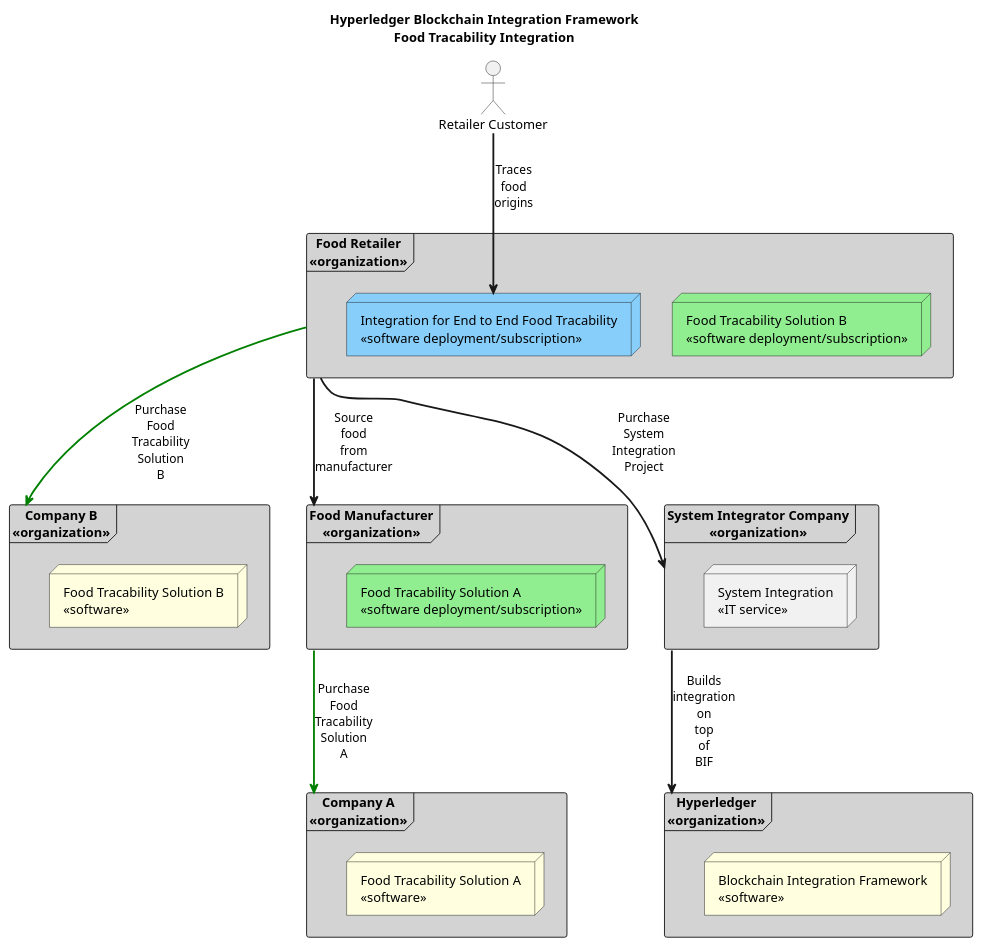
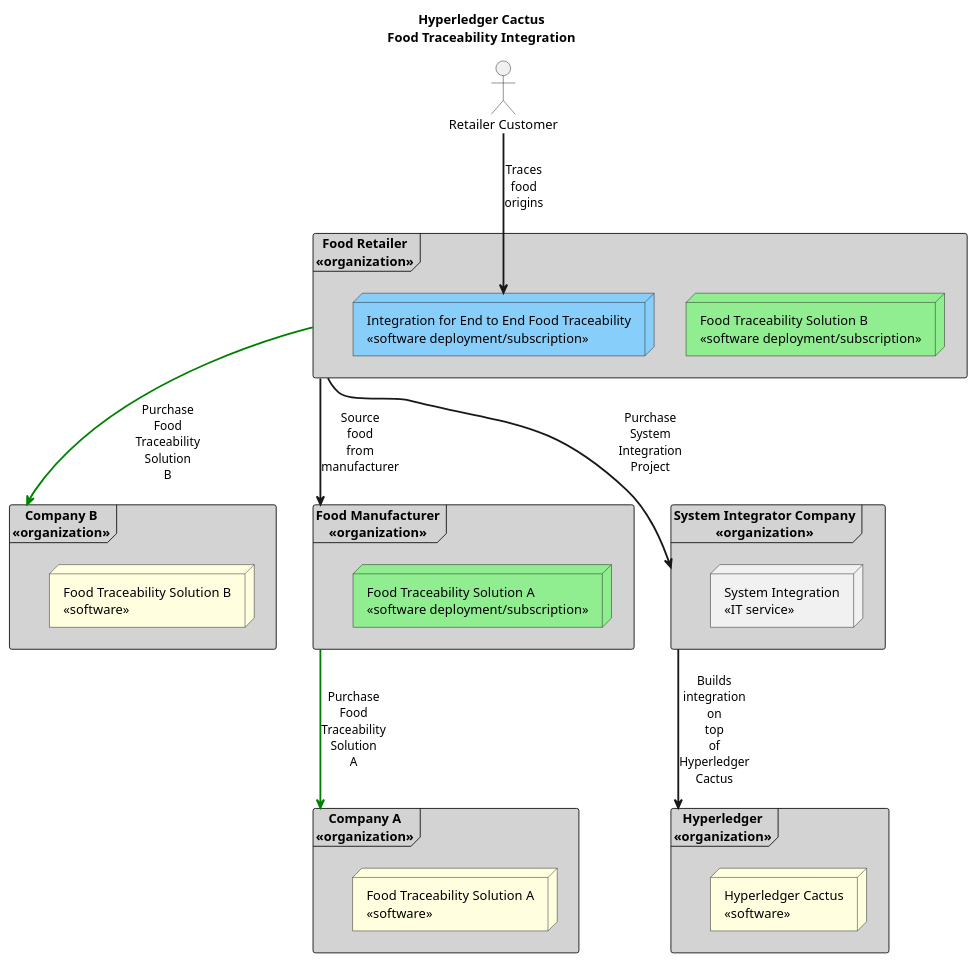
One commit to hyperledger-cacti/cacti changed the diagram in docs/whitepaper/use-case-food-tracability-integration.puml. Above: the diagram before and after it, drawn with PlantUML. The commit also changed 32 other files, not shown here.

Commit message:
docs: Name change to Hyperledger Cactus

```diff
--- a/docs/whitepaper/use-case-food-tracability-integration.puml
+++ b/docs/whitepaper/use-case-food-tracability-integration.puml
@@ -1,53 +1,53 @@
-@startuml Food Tracability Integration
+@startuml Food Traceability Integration
 
-title Hyperledger Blockchain Integration Framework\nFood Tracability Integration
+title Hyperledger Cactus\nFood Traceability Integration
 
 skinparam sequenceArrowThickness 2
 skinparam roundcorner 5
 skinparam maxmessagesize 30
 skinparam sequenceParticipant underline
 
 top to bottom direction
 
 actor "Retailer Customer" as rc
 
 frame "Company A\n<<organization>>" as ca #LightGray {
-  node "Food Tracability Solution A\n<<software>>" as ftsa #LightYellow {
+  node "Food Traceability Solution A\n<<software>>" as ftsa #LightYellow {
   }
 }
 
 frame "Company B\n<<organization>>" as cb #LightGray {
-  node "Food Tracability Solution B\n<<software>>" as ftsb #LightYellow {
+  node "Food Traceability Solution B\n<<software>>" as ftsb #LightYellow {
   }
 }
 
 frame "Food Retailer\n<<organization>>" as re #LightGray {
-  node "Food Tracability Solution B\n<<software deployment/subscription>>" as lftsb #LightGreen {
+  node "Food Traceability Solution B\n<<software deployment/subscription>>" as lftsb #LightGreen {
   }
-  node "Integration for End to End Food Tracability\n<<software deployment/subscription>>" as ifeteft #LightSkyBlue {
+  node "Integration for End to End Food Traceability\n<<software deployment/subscription>>" as ifeteft #LightSkyBlue {
   }
 }
 
 frame "Food Manufacturer\n<<organization>>" as fm #LightGray {
-  node "Food Tracability Solution A\n<<software deployment/subscription>>" as lftsa #LightGreen {
+  node "Food Traceability Solution A\n<<software deployment/subscription>>" as lftsa #LightGreen {
   }
 }
 
 frame "System Integrator Company\n<<organization>>" as sic #LightGray {
   node "System Integration\n<<IT service>>" as ssi {
   }
 }
 
 frame "Hyperledger\n<<organization>>" as hl #LightGray {
-  node "Blockchain Integration Framework\n<<software>>" as bif #LightYellow  {
+  node "Hyperledger Cactus\n<<software>>" as cactus #LightYellow  {
   }
 }
 
-fm ==> ca #Green: Purchase Food Tracability Solution A
+fm ==> ca #Green: Purchase Food Traceability Solution A
 re ==> fm: Source food from manufacturer
-re ==> cb #Green: Purchase Food Tracability Solution B
+re ==> cb #Green: Purchase Food Traceability Solution B
 re ==> sic: Purchase System Integration Project
 rc ==> ifeteft: Traces food origins
-sic ==> hl: Builds integration on top of BIF
+sic ==> hl: Builds integration on top of Hyperledger Cactus
 
 @enduml
```
